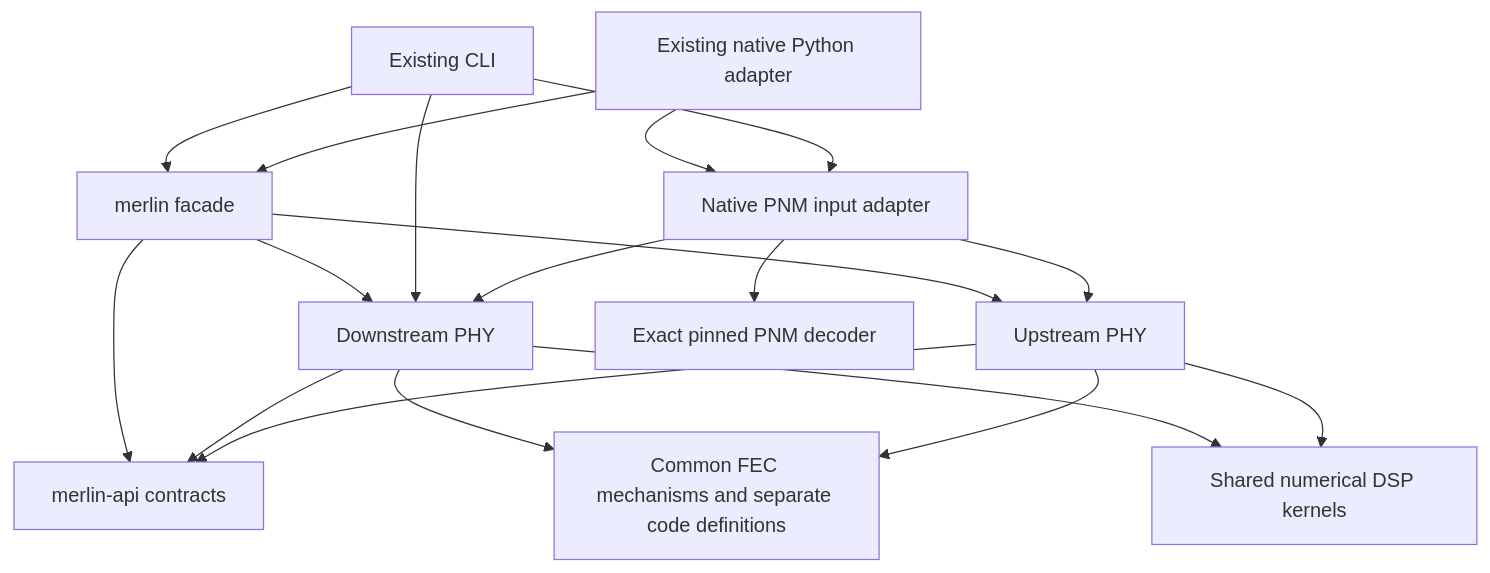
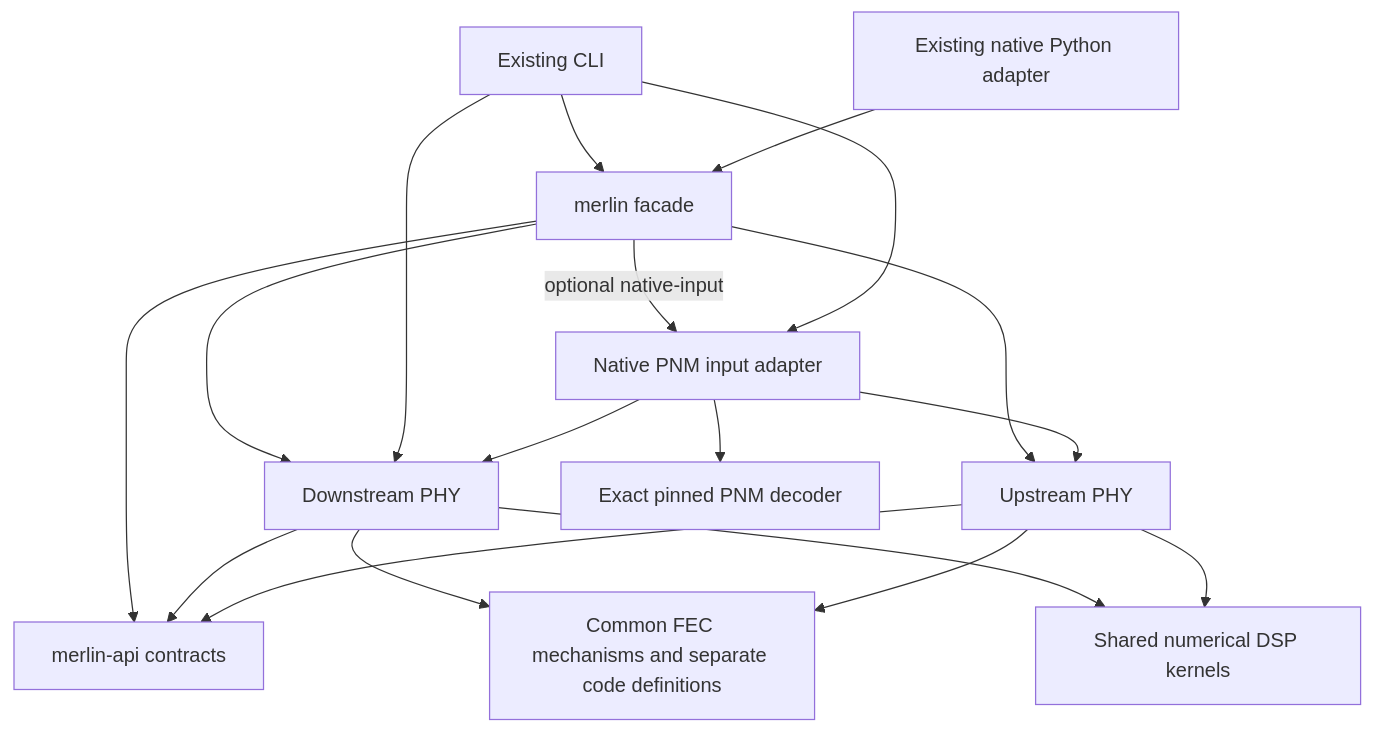
Before and after one commit to mgarcia01752/merlin: the first of 6 diagrams in docs/architecture.md, drawn with Mermaid. The commit also changed other lines of this file and 32 other files, not shown here.

````diff
--- a/docs/architecture.md
+++ b/docs/architecture.md
@@ -145,20 +148,20 @@
 ```mermaid
 flowchart TD
     CLI[Existing CLI] --> ROOT[merlin facade]
     PY[Existing native Python adapter] --> ROOT
     ROOT --> DS[Downstream PHY]
     CLI --> DS
     ROOT --> US[Upstream PHY]
     ROOT --> API[merlin-api contracts]
     DS --> API
     US --> API
-    PY --> INPUT[Native PNM input adapter]
+    ROOT -->|optional native-input| INPUT[Native PNM input adapter]
     CLI --> INPUT
     INPUT --> DS
     INPUT --> US
     INPUT --> PNM[Exact pinned PNM decoder]
     DS --> FEC[Common FEC mechanisms and separate code definitions]
     US --> FEC
     DS --> DSP[Shared numerical DSP kernels]
     US --> DSP
 ```
````
